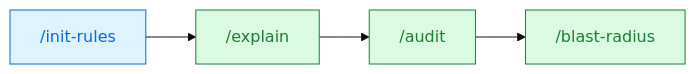
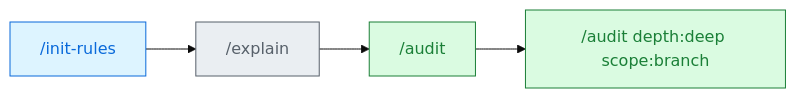
Before and after one commit to DoctorMozg/claude-pipelines: the third of 9 diagrams in README.md, drawn with Mermaid (base theme). The commit also changed other lines of this file, not shown here.

````diff
--- a/README.md
+++ b/README.md
@@ -50,8 +51,9 @@
 ```mermaid
 flowchart LR
-    A["/init-rules"]:::base --> B["/explain"]:::pipe
+    A["/init-rules"]:::base --> B["/explain"]:::research
     B --> C["/audit"]:::pipe
-    C --> D["/blast-radius"]:::pipe
+    C --> D["/audit depth:deep scope:branch"]:::pipe
     classDef base fill:#ddf4ff,stroke:#0969da,color:#0969da
+    classDef research fill:#eaeef2,stroke:#57606a,color:#57606a
     classDef pipe fill:#dafbe1,stroke:#1a7f37,color:#1a7f37
 ```
````
